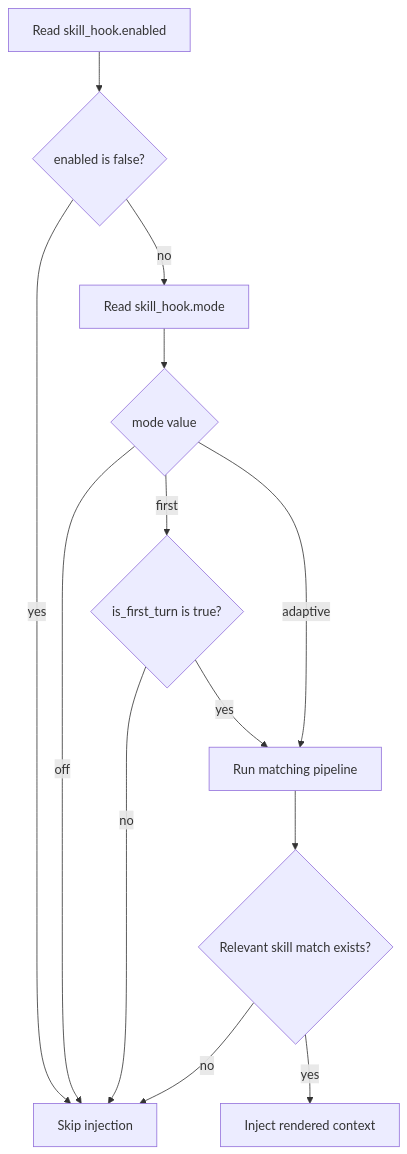
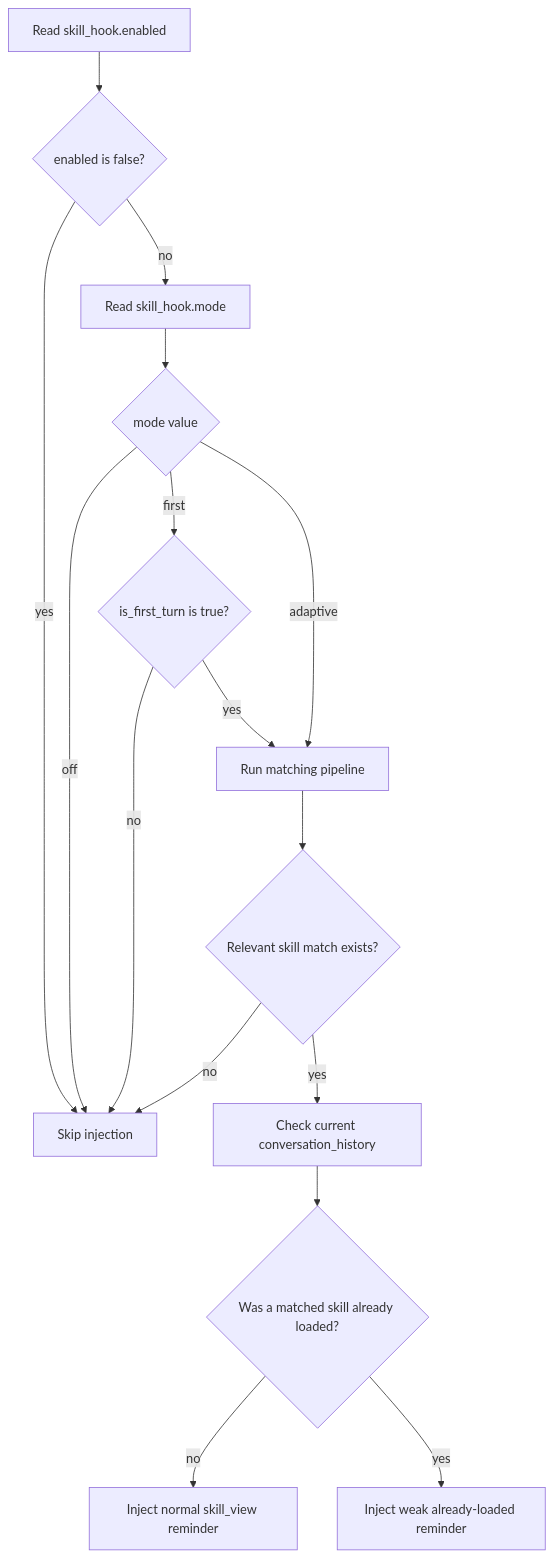
Before and after one commit to EggProject/easter-skills-hack-to-hermes: the fourth of 5 diagrams in docs/wow-skills-flowcharts.md, drawn with Mermaid. The commit also changed other lines of this file and 9 other files, not shown here.

````diff
--- a/docs/wow-skills-flowcharts.md
+++ b/docs/wow-skills-flowcharts.md
@@ -74,15 +79,18 @@
 ```mermaid
 flowchart TD
     A["Read skill_hook.enabled"] --> B{"enabled is false?"}
     B -->|"yes"| C["Skip injection"]
     B -->|"no"| D["Read skill_hook.mode"]
     D --> E{"mode value"}
     E -->|"off"| C
     E -->|"first"| F{"is_first_turn is true?"}
     F -->|"no"| C
     F -->|"yes"| G["Run matching pipeline"]
     E -->|"adaptive"| G
     G --> H{"Relevant skill match exists?"}
     H -->|"no"| C
-    H -->|"yes"| I["Inject rendered context"]
+    H -->|"yes"| I["Check current conversation_history"]
+    I --> J{"Was a matched skill already loaded?"}
+    J -->|"no"| K["Inject normal skill_view reminder"]
+    J -->|"yes"| L["Inject weak already-loaded reminder"]
 ```
````
